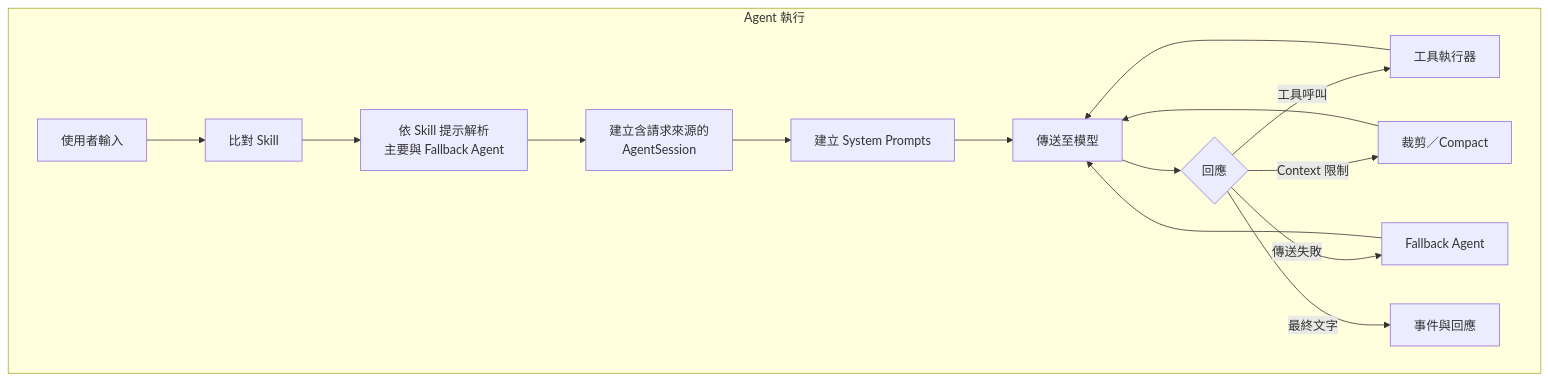
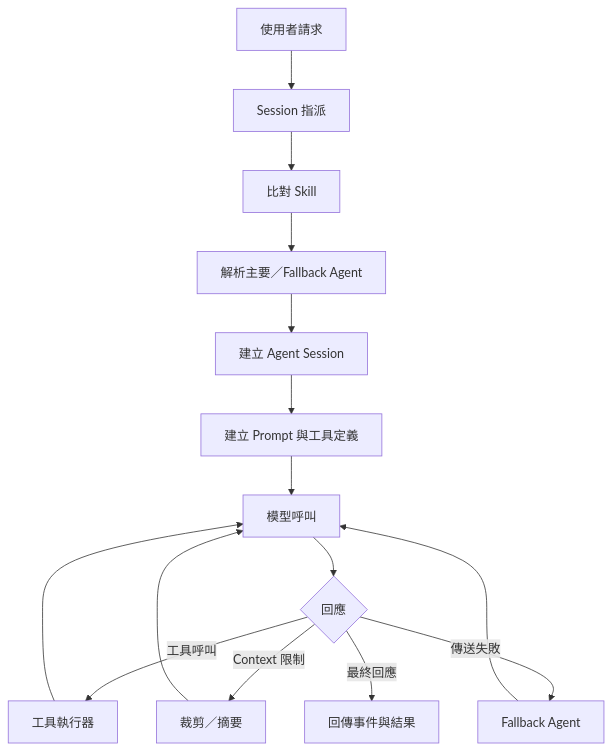
Before and after one commit to agenvoy/Agenvoy: the fourth of 9 diagrams in doc/architecture.zh.md, drawn with Mermaid. The commit also changed other lines of this file and 5 other files, not shown here.

````diff
--- a/doc/architecture.zh.md
+++ b/doc/architecture.zh.md
@@ -94,18 +70,17 @@
 ```mermaid
 graph TB
-    subgraph Execution[Agent 執行]
-        Input[使用者輸入] --> Match[比對 Skill]
-        Match --> Resolve[依 Skill 提示解析<br/>主要與 Fallback Agent]
-        Resolve --> Session[建立含請求來源的<br/>AgentSession]
-        Session --> Prompt[建立 System Prompts]
-        Prompt --> Send[傳送至模型]
-        Send --> Response{回應}
-        Response -->|工具呼叫| ToolExec[工具執行器]
-        ToolExec --> Send
-        Response -->|Context 限制| Trim[裁剪／Compact]
-        Trim --> Send
-        Response -->|傳送失敗| Fallback[Fallback Agent]
-        Fallback --> Send
-        Response -->|最終文字| Output[事件與回應]
-    end
+    Request[使用者請求] --> Assign[Session 指派]
+    Assign --> Match[比對 Skill]
+    Match --> Resolve[解析主要／Fallback Agent]
+    Resolve --> Session[建立 Agent Session]
+    Session --> Prompt[建立 Prompt 與工具定義]
+    Prompt --> Model[模型呼叫]
+    Model --> Result{回應}
+    Result -->|工具呼叫| ToolExec[工具執行器]
+    ToolExec --> Model
+    Result -->|Context 限制| Compact[裁剪／摘要]
+    Compact --> Model
+    Result -->|傳送失敗| Fallback[Fallback Agent]
+    Fallback --> Model
+    Result -->|最終回應| Events[回傳事件與結果]
 ```
````
